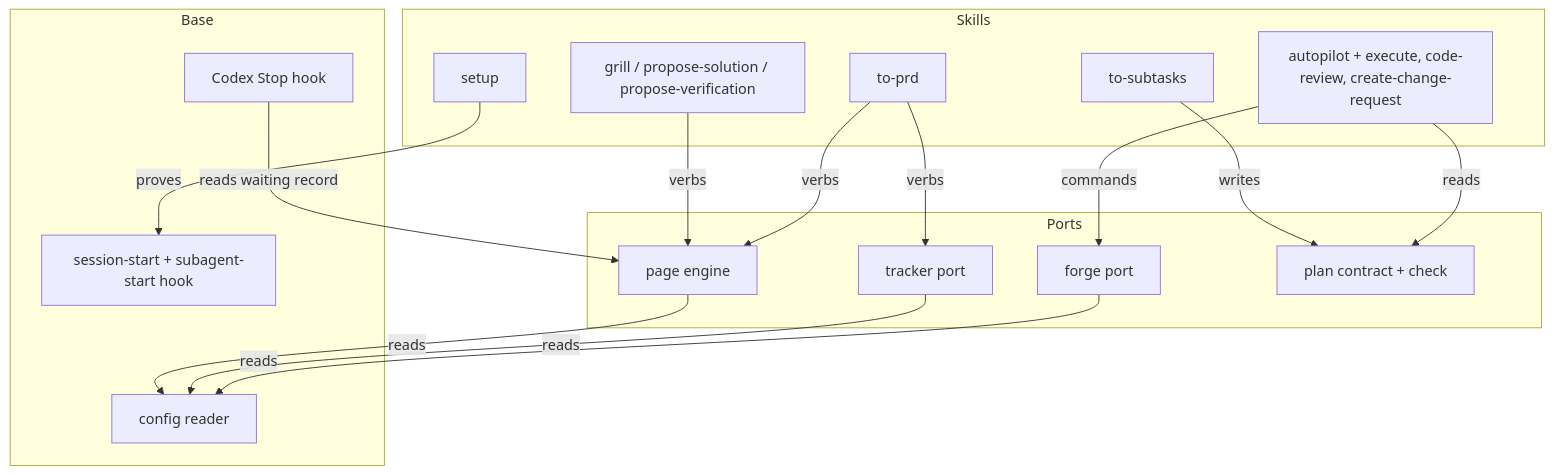
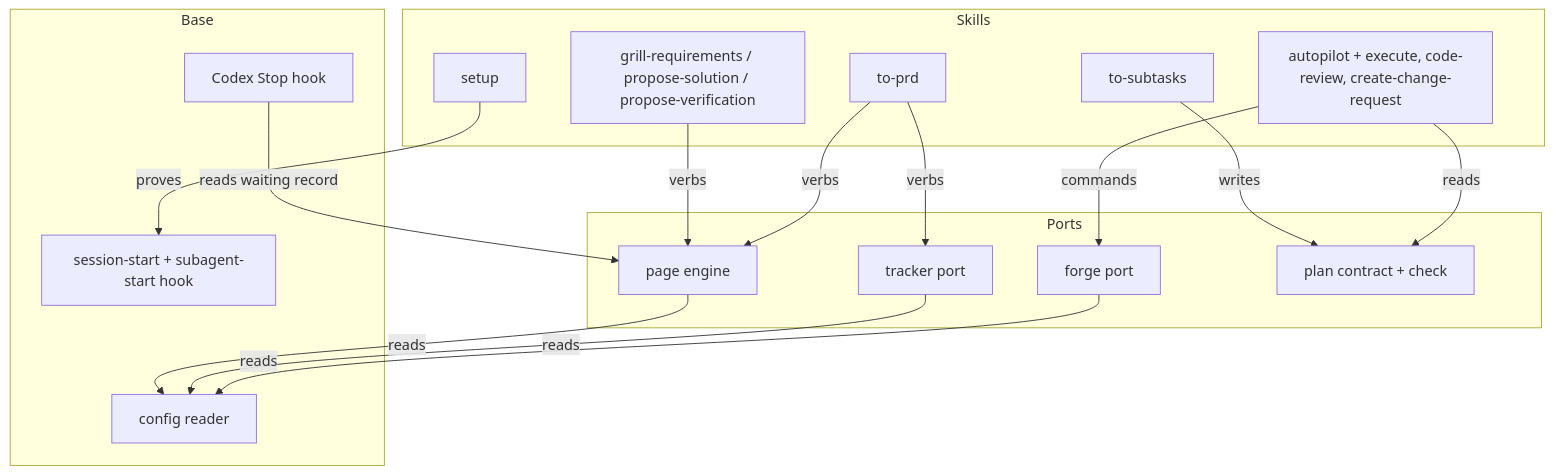
Before and after one commit to midnightblur/afk-driver: the eighth of 9 diagrams in docs/afk/afkv2/SDD.md, drawn with Mermaid. The commit also changed 26 other files, not shown here.

First line of the commit message:
afkv2: rename grill to grill-requirements

````diff
--- a/docs/afk/afkv2/SDD.md
+++ b/docs/afk/afkv2/SDD.md
@@ -352,32 +352,32 @@
 ```mermaid
 flowchart TB
   subgraph skills["Skills"]
-    grill["grill / propose-solution / propose-verification"]
+    grill["grill-requirements / propose-solution / propose-verification"]
     toprd["to-prd"]
     tosub["to-subtasks"]
     exec["autopilot + execute, code-review, create-change-request"]
     setup["setup"]
   end
   subgraph ports["Ports"]
     engine["page engine"]
     tracker["tracker port"]
     forge["forge port"]
     plan["plan contract + check"]
   end
   subgraph base["Base"]
     config["config reader"]
     hook["session-start + subagent-start hook"]
     stop["Codex Stop hook"]
   end
   grill -->|verbs| engine
   toprd -->|verbs| engine
   toprd -->|verbs| tracker
   tosub -->|writes| plan
   exec -->|reads| plan
   exec -->|commands| forge
   setup -->|proves| hook
   engine -->|reads| config
   tracker -->|reads| config
   forge -->|reads| config
   stop -->|reads waiting record| engine
 ```
````
